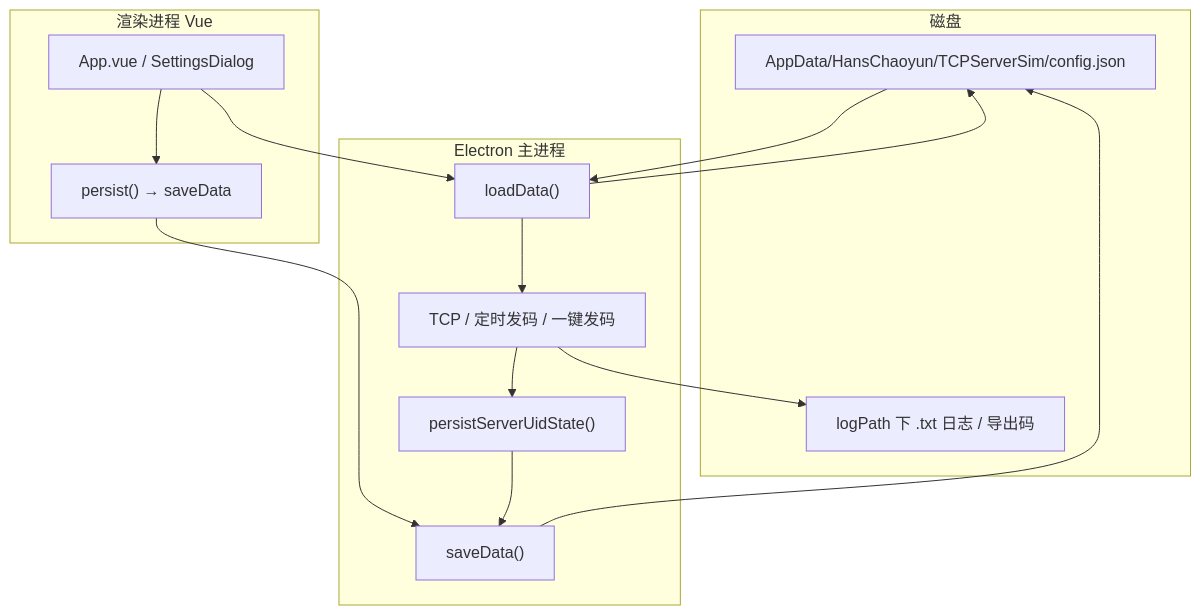
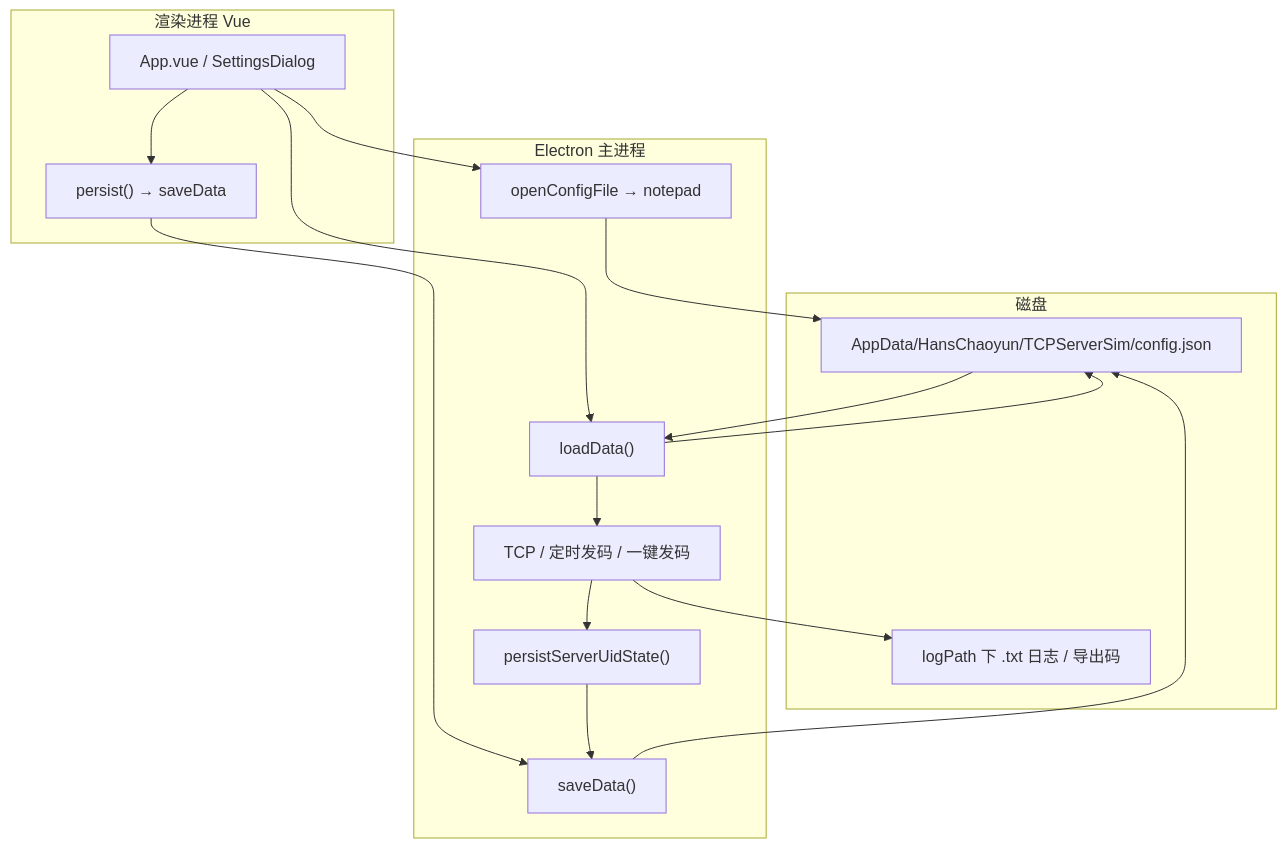
Before and after one commit to daifuchao/tcp-client: the diagram in docs/配置与AppData持久化说明.md, drawn with Mermaid. The commit also changed other lines of this file and 9 other files, not shown here.

````diff
--- a/docs/配置与AppData持久化说明.md
+++ b/docs/配置与AppData持久化说明.md
@@ -270,30 +295,33 @@
 ```mermaid
 flowchart TB
   subgraph disk["磁盘"]
     CFG["AppData/HansChaoyun/TCPServerSim/config.json"]
     LOG["logPath 下 .txt 日志 / 导出码"]
   end
 
   subgraph renderer["渲染进程 Vue"]
     UI["App.vue / SettingsDialog"]
     PERSIST["persist() → saveData"]
   end
 
   subgraph main["Electron 主进程"]
     LOAD["loadData()"]
     SAVE["saveData()"]
     PATCH["persistServerUidState()"]
+    OPEN["openConfigFile → notepad"]
     RUN["TCP / 定时发码 / 一键发码"]
   end
 
   UI --> PERSIST
   PERSIST --> SAVE
   SAVE --> CFG
   LOAD --> CFG
   CFG --> LOAD
   LOAD --> RUN
   RUN --> PATCH
   PATCH --> SAVE
   RUN --> LOG
   UI --> LOAD
+  UI --> OPEN
+  OPEN --> CFG
 ```
````
